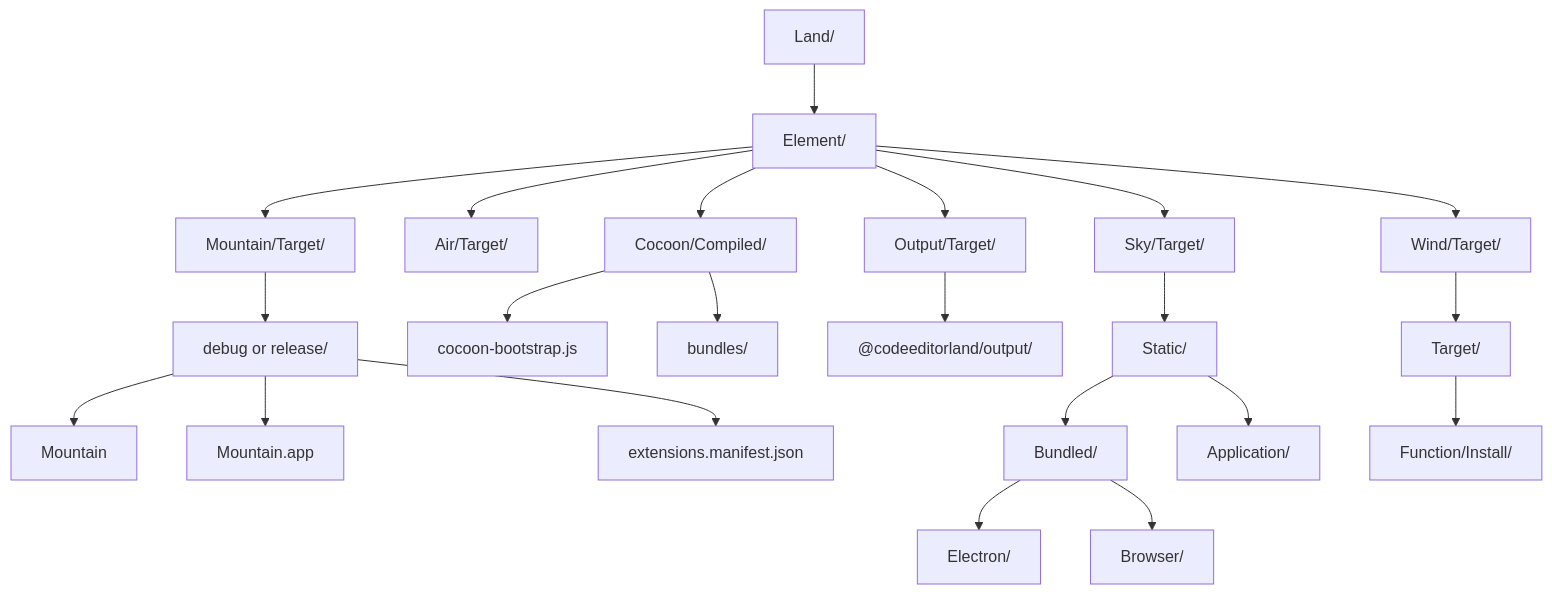
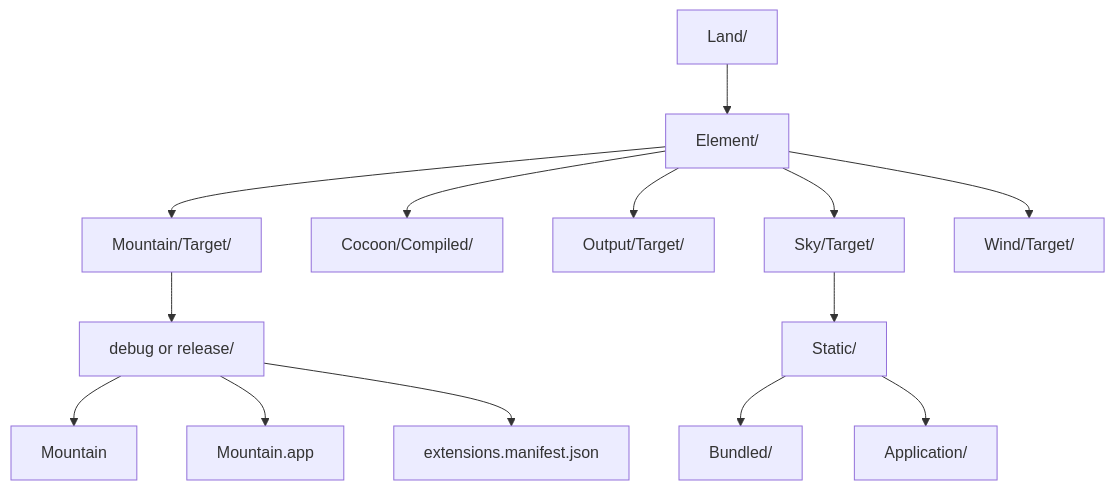
The sixth of 6 diagrams in Documentation/GitHub/BuildPipeline.md (CodeEditorLand/Land), drawn with Mermaid before and after one commit. The commit also changed other lines of this file and 11 other files, not shown here.

````diff
--- a/Documentation/GitHub/BuildPipeline.md
+++ b/Documentation/GitHub/BuildPipeline.md
@@ -402,29 +404,16 @@
 ```mermaid
 graph TB
     Root[Land/] --> Element[Element/]
     Element --> Mountain[Mountain/Target/]
-    Element --> Air[Air/Target/]
     Element --> Cocoon[Cocoon/Compiled/]
     Element --> Output[Output/Target/]
     Element --> Sky[Sky/Target/]
     Element --> Wind[Wind/Target/]
-
-    Mountain --> MountainDebug[debug or release/]
-    MountainDebug --> MountainBin[Mountain]
-    MountainDebug --> MountainApp[Mountain.app]
-    MountainDebug --> MountainManifest[extensions.manifest.json]
-
-    Cocoon --> CocoonBootstrap[cocoon-bootstrap.js]
-    Cocoon --> CocoonBundles[bundles/]
-
-    Output --> OutputPkg["@codeeditorland/output/"]
-
-    Sky --> SkyStatic[Static/]
-    SkyStatic --> SkyBundled[Bundled/]
-    SkyBundled --> SkyElectron[Electron/]
-    SkyBundled --> SkyBrowser[Browser/]
-    SkyStatic --> SkyApp[Application/]
-
-    Wind --> WindTarget[Target/]
-    WindTarget --> WindFn[Function/Install/]
+    Mountain --> Level[debug or release/]
+    Level --> Bin[Mountain]
+    Level --> App[Mountain.app]
+    Level --> Manifest[extensions.manifest.json]
+    Sky --> Static[Static/]
+    Static --> Bundled[Bundled/]
+    Static --> Application[Application/]
 ```
````
